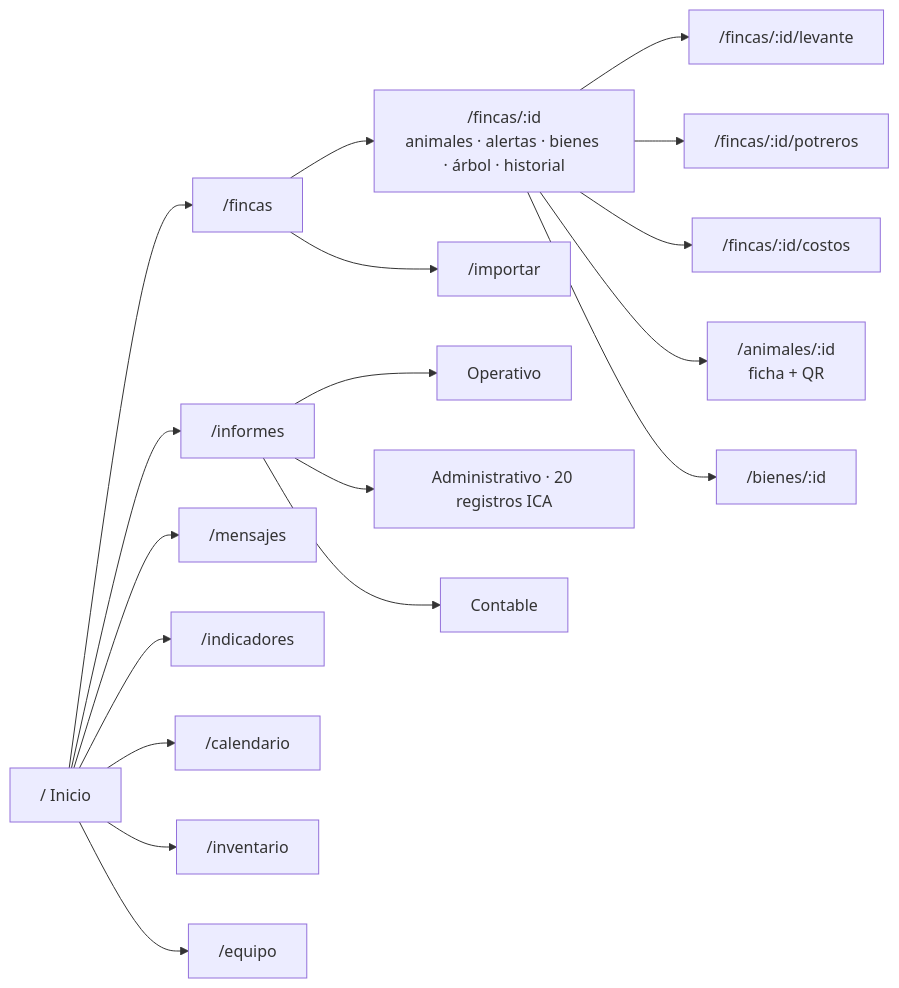
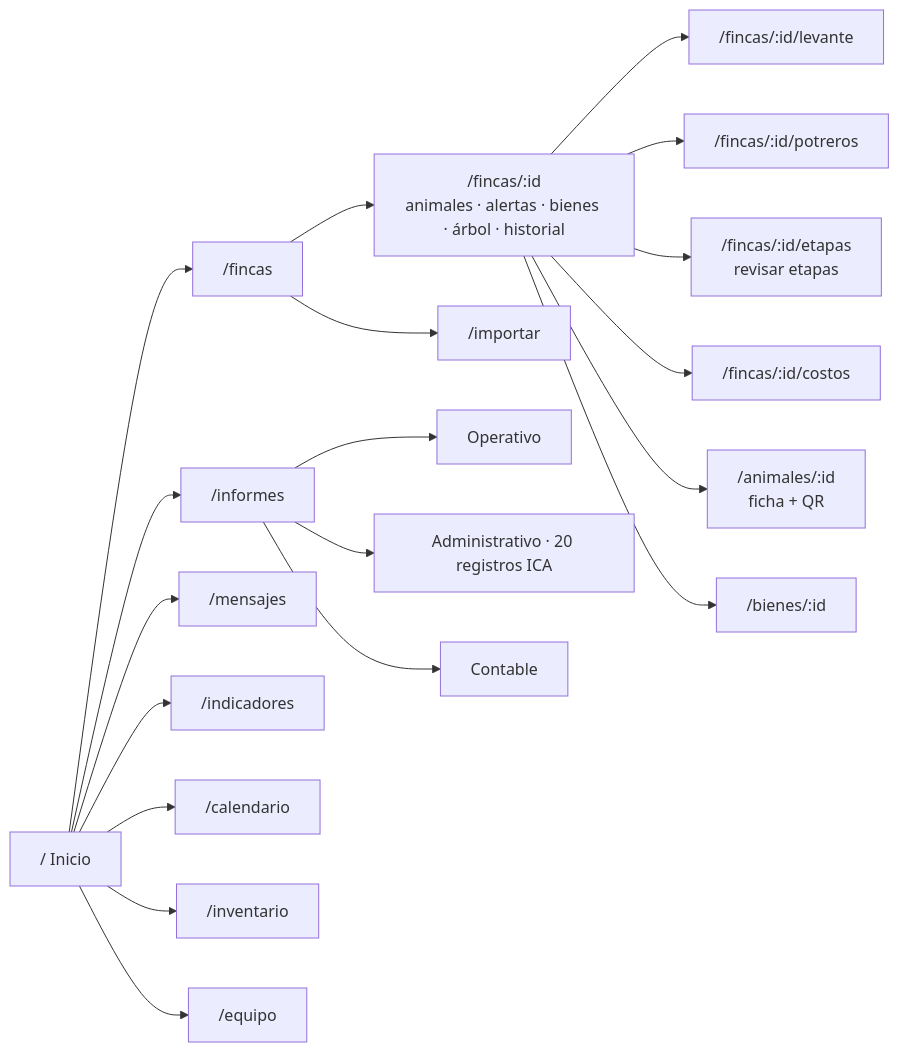
One commit to davideliaspalacio/vacInfo changed the third of 13 diagrams in README.md. Above: the diagram before and after it, drawn with Mermaid. The commit also changed other lines of this file and 18 other files, not shown here.

````diff
--- a/README.md
+++ b/README.md
@@ -170,20 +170,21 @@
 ```mermaid
 flowchart LR
     I["/ Inicio"] --> F["/fincas"]
     I --> INF["/informes"]
     I --> M["/mensajes"]
     F --> FD["/fincas/:id<br/>animales · alertas · bienes · árbol · historial"]
     FD --> LV["/fincas/:id/levante"]
     FD --> PT["/fincas/:id/potreros"]
+    FD --> ET["/fincas/:id/etapas<br/>revisar etapas"]
     FD --> CO["/fincas/:id/costos"]
     FD --> AN["/animales/:id<br/>ficha + QR"]
     FD --> BI["/bienes/:id"]
     INF --> OP["Operativo"]
     INF --> AD["Administrativo · 20 registros ICA"]
     INF --> CT["Contable"]
     I --> IND["/indicadores"]
     I --> CAL["/calendario"]
     I --> INV["/inventario"]
     I --> EQ["/equipo"]
     F --> IMP["/importar"]
 ```
````
